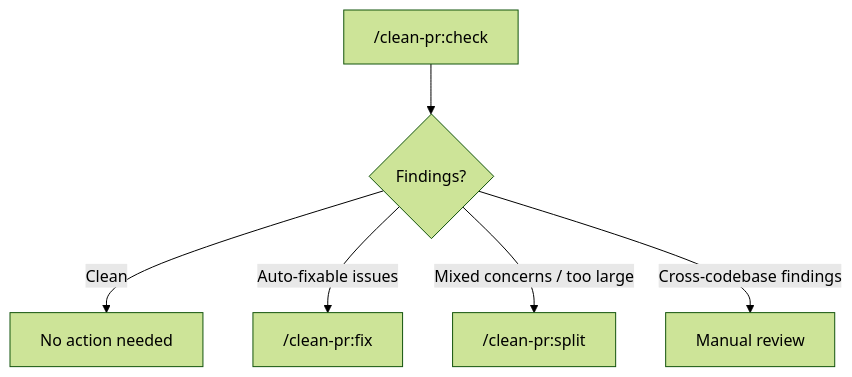
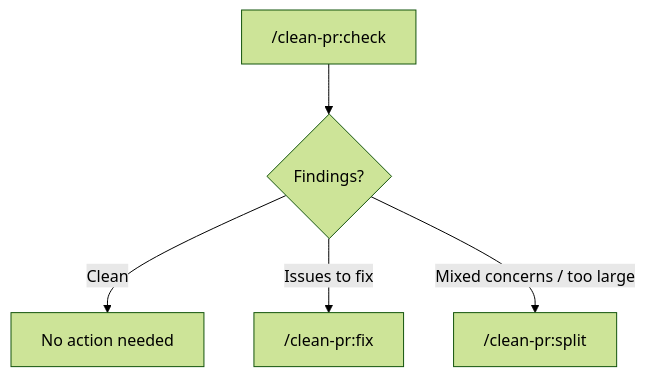
The diagram in README.md (nstrayer/clean-pr), drawn with Mermaid (forest theme) before and after one commit. The commit also changed other lines of this file and 2 other files, not shown here.

Commit message:
feat: make cross-codebase findings fixable by /fix
Cross-codebase findings (duplicates, reimplemented utilities, pattern
divergence) are now included in /fix's scope as non-trivial edits that
require user confirmation. Removes the "manual review" category from
check's next steps and the README flow diagram.

````diff
--- a/README.md
+++ b/README.md
@@ -65,8 +64,7 @@
 ```mermaid
 flowchart TD
     A["/clean-pr:check"] --> B{Findings?}
     B -->|Clean| C["No action needed"]
-    B -->|Auto-fixable issues| D["/clean-pr:fix"]
+    B -->|Issues to fix| D["/clean-pr:fix"]
     B -->|Mixed concerns / too large| E["/clean-pr:split"]
-    B -->|Cross-codebase findings| F["Manual review"]
 ```
````
